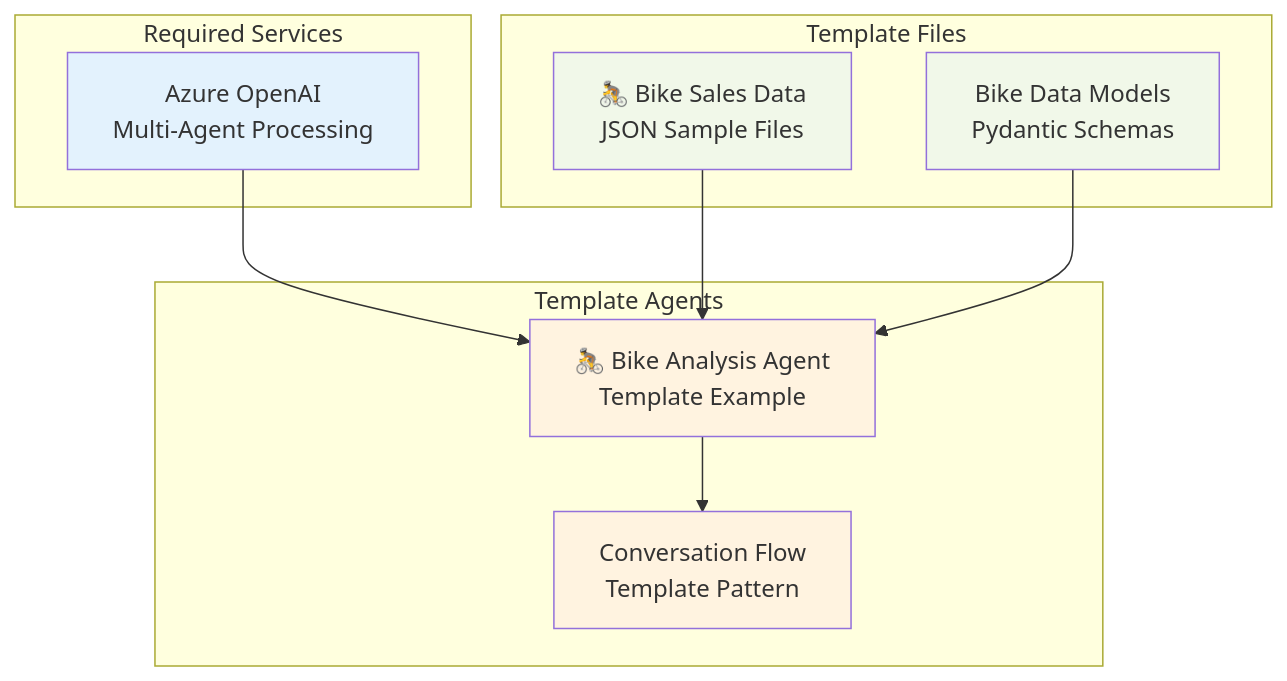
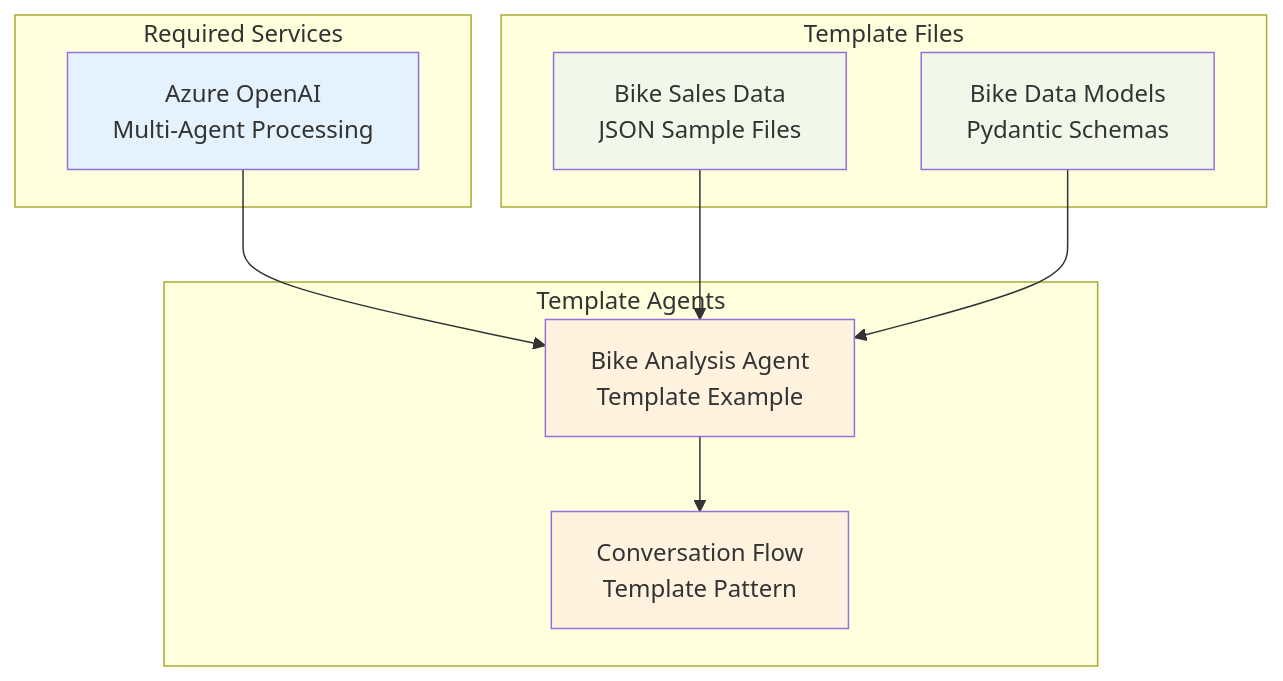
One commit to the-ingenious-dark-knight/Insight_Ingenious changed the seventh of 10 diagrams in docs/workflows/README.md. Above: the diagram before and after it, drawn with Mermaid. The commit also changed other lines of this file and 17 other files, not shown here.

````diff
--- a/docs/workflows/README.md
+++ b/docs/workflows/README.md
@@ -299,29 +299,29 @@
 ```mermaid
 graph TB
     subgraph "Required Services"
-        AZURE_OPENAI[ Azure OpenAI\nMulti-Agent Processing]
+        AZURE_OPENAI[Azure OpenAI\nMulti-Agent Processing]
     end
 
     subgraph "Template Files"
-        BIKE_DATA[🚴 Bike Sales Data\nJSON Sample Files]
-        BIKE_MODELS[ Bike Data Models\nPydantic Schemas]
+        BIKE_DATA[Bike Sales Data\nJSON Sample Files]
+        BIKE_MODELS[Bike Data Models\nPydantic Schemas]
     end
 
     subgraph "Template Agents"
-        BIKE_AGENT[🚴 Bike Analysis Agent\nTemplate Example]
-        AGENT_FLOW[ Conversation Flow\nTemplate Pattern]
+        BIKE_AGENT[Bike Analysis Agent\nTemplate Example]
+        AGENT_FLOW[Conversation Flow\nTemplate Pattern]
     end
 
     AZURE_OPENAI --> BIKE_AGENT
     BIKE_DATA --> BIKE_AGENT
     BIKE_MODELS --> BIKE_AGENT
     BIKE_AGENT --> AGENT_FLOW
 
     classDef service fill:#e3f2fd
     classDef template fill:#f1f8e9
     classDef agent fill:#fff3e0
 
     class AZURE_OPENAI service
     class BIKE_DATA,BIKE_MODELS template
     class BIKE_AGENT,AGENT_FLOW agent
 ```
````
